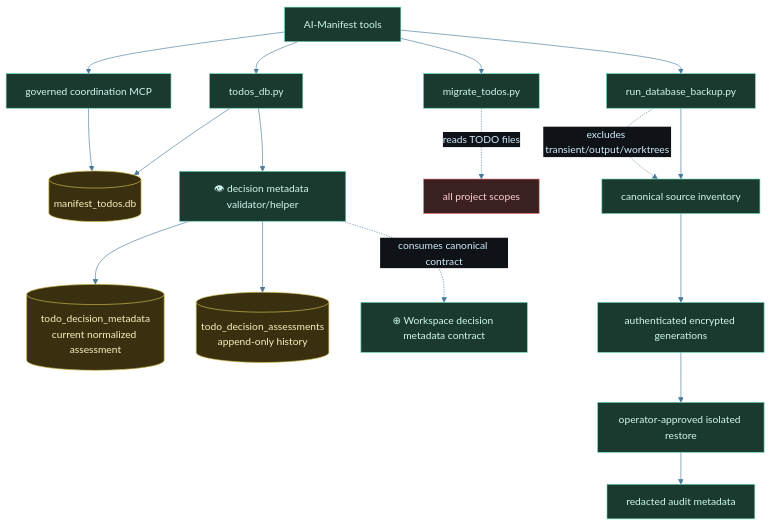
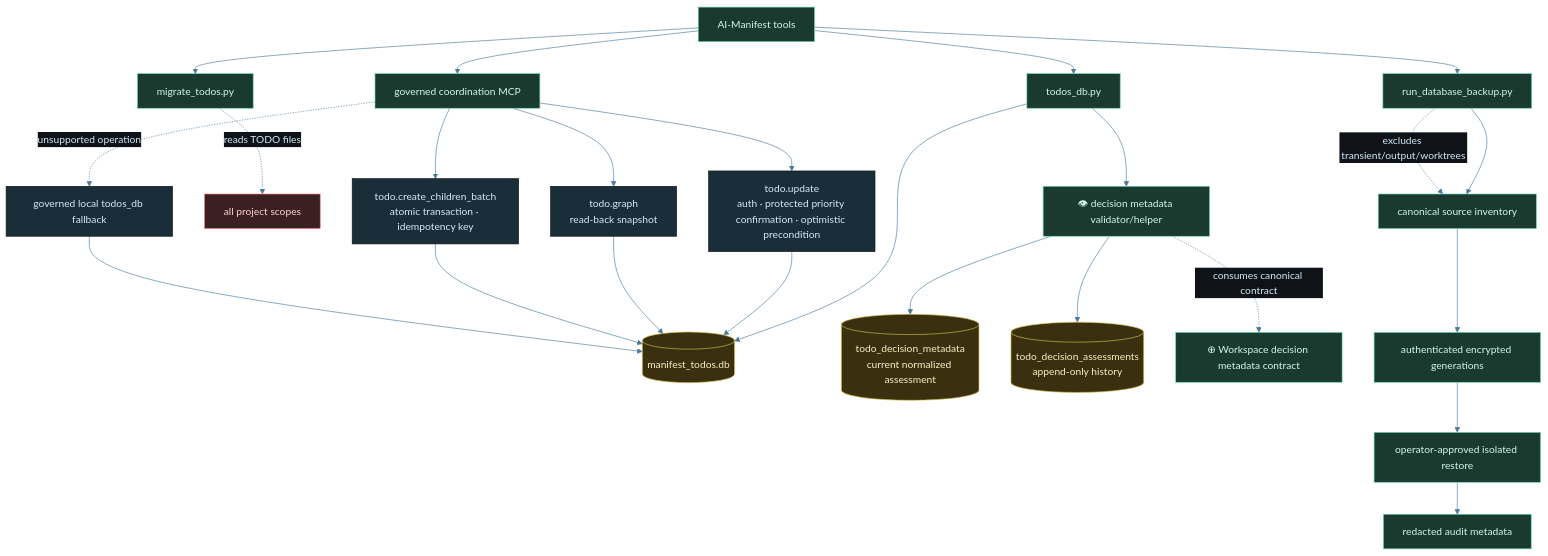
The diagram in diagrams/manifest-derived-todo-and-backup.mmd (tylerdrakemusic/-Workspace), drawn with Mermaid before and after one commit. The commit also changed 4 other files, not shown here.

Commit message:
⊕ workspace: integrate manifest architecture diagrams

```diff
--- a/diagrams/manifest-derived-todo-and-backup.mmd
+++ b/diagrams/manifest-derived-todo-and-backup.mmd
@@ -1,35 +1,42 @@
 %%{init: {'theme': 'base', 'themeVariables': {'primaryColor': '#1a2e3a', 'primaryTextColor': '#d0ecf8', 'edgeLabelBackground': '#0f1318', 'lineColor': '#4a7a9a'}}}%%
 %% is_derived_view=true
 %% Traceability.parent: diagrams/manifest-architecture.mmd
 graph TB
     Tools[AI-Manifest tools] --> TodosUtil[todos_db.py]
     TodosUtil --> TodosDB[(manifest_todos.db)]
     TodosUtil --> DecisionMetadata[👁 decision metadata validator/helper]
     DecisionMetadata --> CurrentMetadata[(todo_decision_metadata<br/>current normalized assessment)]
     DecisionMetadata --> AssessmentHistory[(todo_decision_assessments<br/>append-only history)]
     DecisionMetadata -.->|consumes canonical contract| WorkspaceContract[⊕ Workspace decision metadata contract]
     Tools --> Migrate[migrate_todos.py]
     Migrate -.->|reads TODO files| Projects[all project scopes]
     Tools --> Coordination[governed coordination MCP]
-    Coordination --> TodosDB
+    Coordination --> Update[todo.update<br/>auth · protected priority confirmation · optimistic precondition]
+    Coordination --> Graph[todo.graph<br/>read-back snapshot]
+    Coordination --> Batch[todo.create_children_batch<br/>atomic transaction · idempotency key]
+    Update --> TodosDB
+    Graph --> TodosDB
+    Batch --> TodosDB
+    Coordination -.->|unsupported operation| Fallback[governed local todos_db fallback]
+    Fallback --> TodosDB
     Tools --> BackupRunner[run_database_backup.py]
     BackupRunner --> Inventory[canonical source inventory]
     Inventory --> Generations[authenticated encrypted generations]
     Generations --> Restore[operator-approved isolated restore]
     Restore --> Audit[redacted audit metadata]
     BackupRunner -.->|excludes transient/output/worktrees| Inventory
     class Tools,TodosUtil,Migrate,Coordination,BackupRunner,Inventory,Generations,Restore,Audit ws
     class Projects ext
     class TodosDB db
     class CurrentMetadata,AssessmentHistory db
     class DecisionMetadata,WorkspaceContract ws
 classDef life     fill:#1a2e3a,stroke:#6ab4d4,color:#d0ecf8
 classDef music    fill:#3a1a24,stroke:#d47a8f,color:#f8d0dc
 classDef quantum  fill:#251a3a,stroke:#a07adf,color:#e8d0f8
 classDef manifest fill:#3a2e1a,stroke:#d4a96a,color:#f8ead0
 classDef ws       fill:#1a3a30,stroke:#6ad4b4,color:#d0f8ee
 classDef tyler    fill:#2a1a3a,stroke:#9e4aff,color:#fff
 classDef orch     fill:#1a3a52,stroke:#4a9eff,color:#fff
 classDef ext      fill:#3a2020,stroke:#ff7a7a,color:#ffd0d0
 classDef db       fill:#3a3010,stroke:#d4c050,color:#f8f0c0
 classDef state    fill:#1a1a1a,stroke:#888888,color:#cccccc
```
